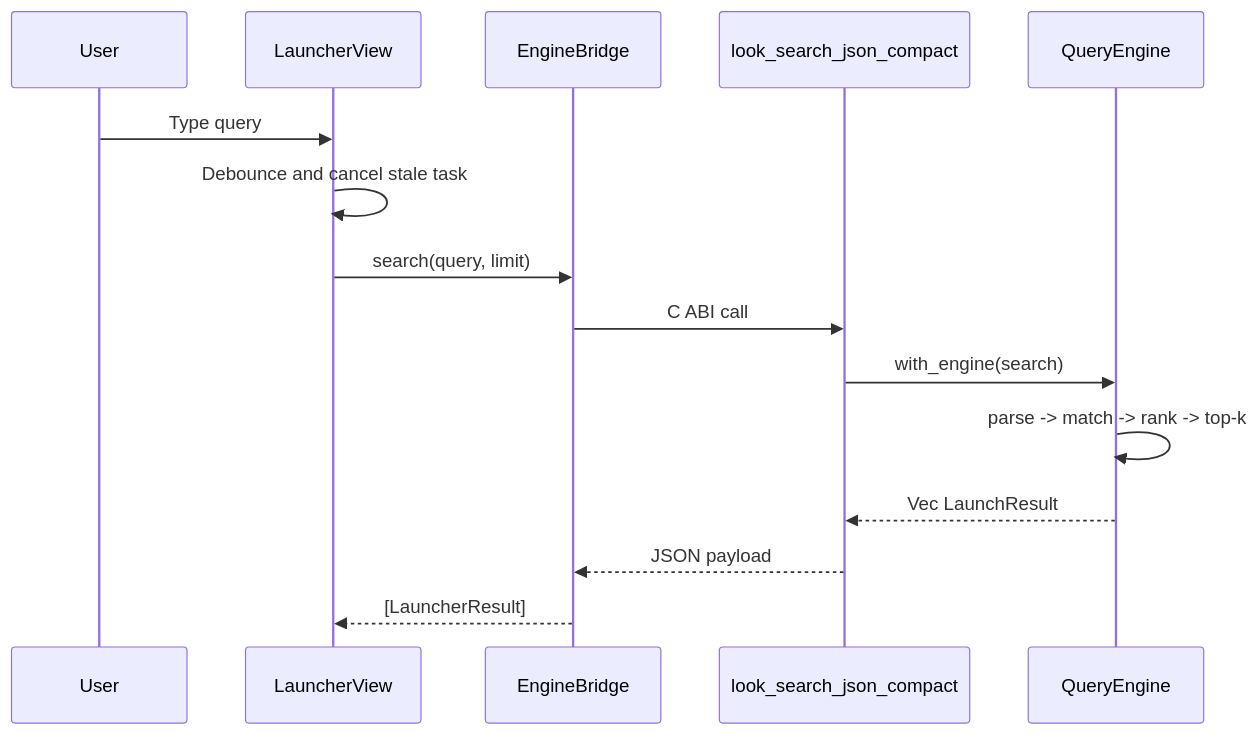
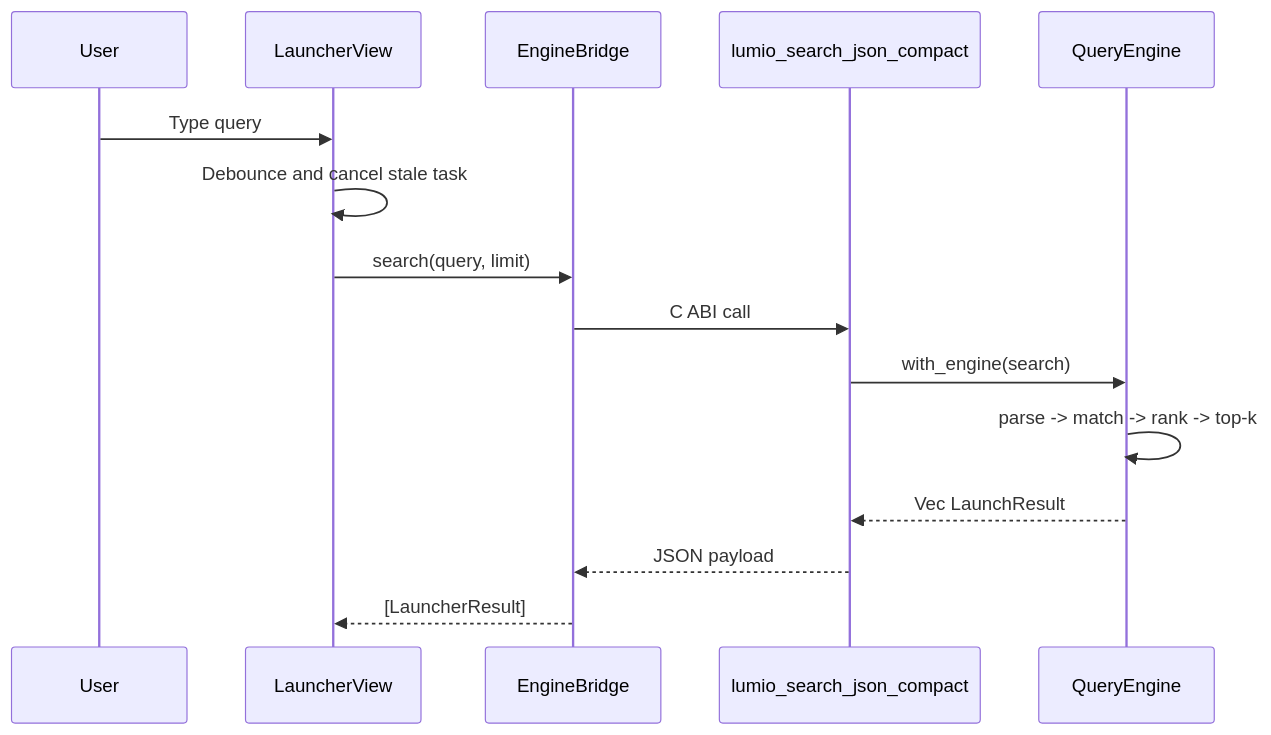
One commit to cavaldos/Lumio changed the third of 9 diagrams in docs/architecture.md. Above: the diagram before and after it, drawn with Mermaid. The commit also changed other lines of this file and 278 other files, not shown here.

````diff
--- a/docs/architecture.md
+++ b/docs/architecture.md
@@ -98,18 +98,18 @@
 ```mermaid
 sequenceDiagram
     participant U as User
     participant LV as LauncherView
     participant EB as EngineBridge
-    participant FFI as look_search_json_compact
+    participant FFI as lumio_search_json_compact
     participant QE as QueryEngine
 
     U->>LV: Type query
     LV->>LV: Debounce and cancel stale task
     LV->>EB: search(query, limit)
     EB->>FFI: C ABI call
     FFI->>QE: with_engine(search)
     QE->>QE: parse -> match -> rank -> top-k
     QE-->>FFI: Vec LaunchResult
     FFI-->>EB: JSON payload
     EB-->>LV: [LauncherResult]
 ```
````
